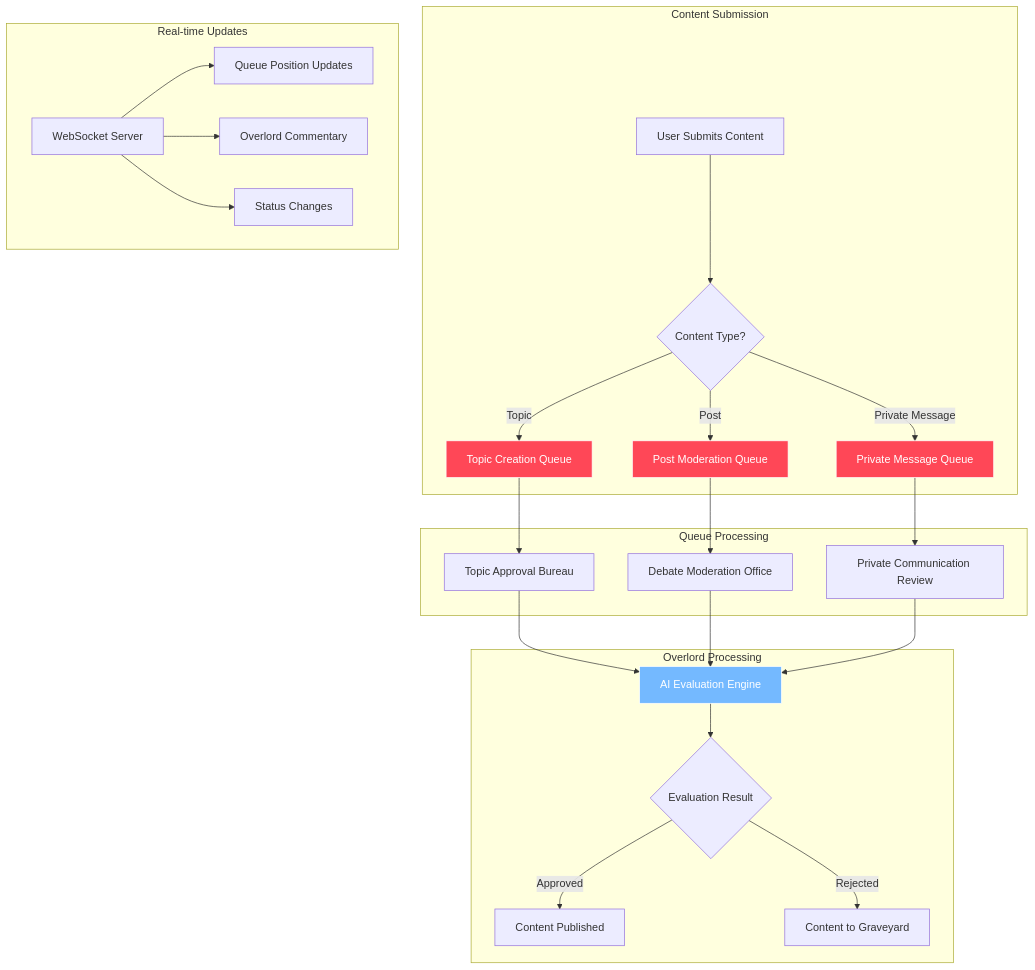
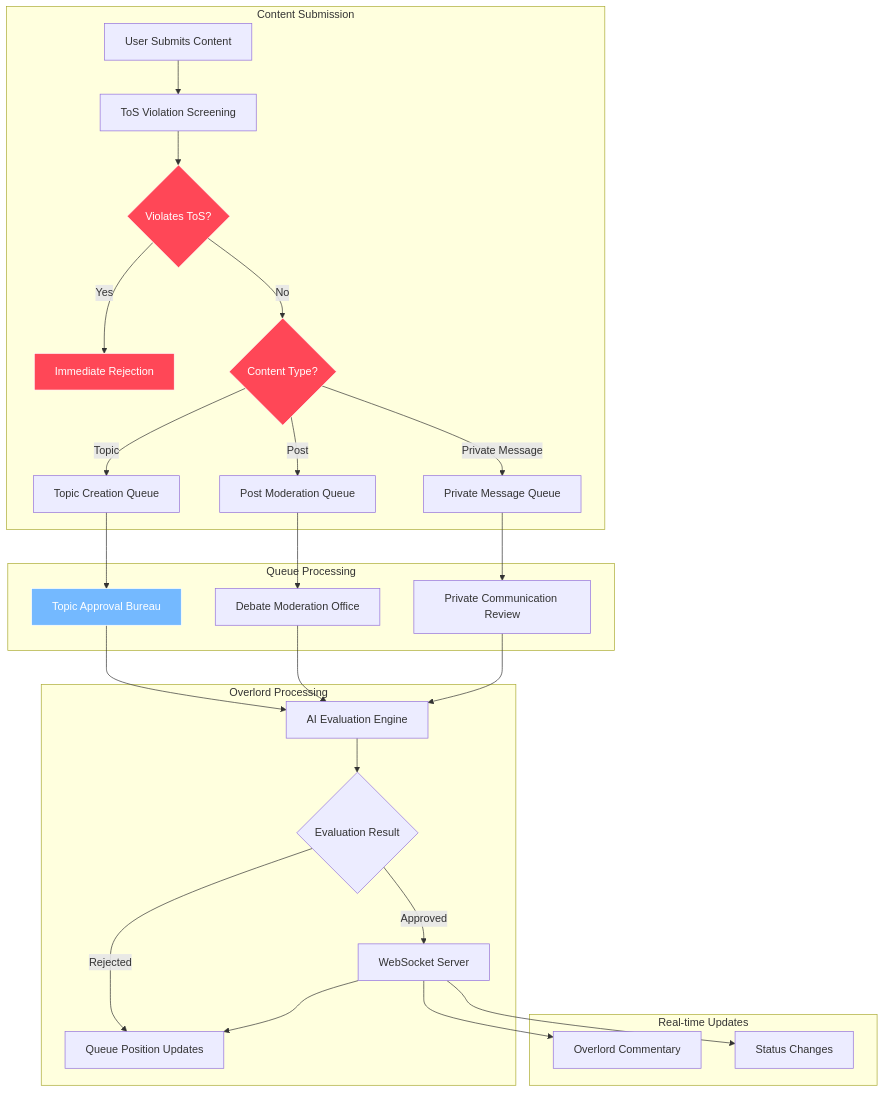
Before and after one commit to joshSzep/therobotoverlord-mono: the first of 2 diagrams in docs/business-requirements/16-queue-visualization.md, drawn with Mermaid. The commit also changed other lines of this file and 14 other files, not shown here.

````diff
--- a/docs/business-requirements/16-queue-visualization.md
+++ b/docs/business-requirements/16-queue-visualization.md
@@ -9,35 +9,38 @@
 ```mermaid
 graph TB
     subgraph "Content Submission"
-        A[User Submits Content] --> B{Content Type?}
-        B -->|Topic| C[Topic Creation Queue]
-        B -->|Post| D[Post Moderation Queue]
-        B -->|Private Message| E[Private Message Queue]
+        A[User Submits Content] --> B[ToS Violation Screening]
+        B --> C{Violates ToS?}
+        C -->|Yes| D[Immediate Rejection]
+        C -->|No| E{Content Type?}
+        E -->|Topic| F[Topic Creation Queue]
+        E -->|Post| G[Post Moderation Queue]
+        E -->|Private Message| H[Private Message Queue]
     end
     
     subgraph "Queue Processing"
-        C --> F[Topic Approval Bureau]
-        D --> G[Debate Moderation Office]
-        E --> H[Private Communication Review]
+        F --> I[Topic Approval Bureau]
+        G --> J[Debate Moderation Office]
+        H --> K[Private Communication Review]
     end
     
     subgraph "Overlord Processing"
-        F --> I[AI Evaluation Engine]
-        G --> I
-        H --> I
-        I --> J{Evaluation Result}
-        J -->|Approved| K[Content Published]
-        J -->|Rejected| L[Content to Graveyard]
+        I --> L[AI Evaluation Engine]
+        J --> L
+        K --> L
+        L --> M{Evaluation Result}
+        M -->|Approved| N[Content Published]
+        M -->|Rejected| O[Content to Graveyard]
     end
     
     subgraph "Real-time Updates"
         N[WebSocket Server] --> O[Queue Position Updates]
         N --> P[Overlord Commentary]
         N --> Q[Status Changes]
     end
     
     style C fill:#ff4757,stroke:#fff,color:#fff
     style D fill:#ff4757,stroke:#fff,color:#fff
     style E fill:#ff4757,stroke:#fff,color:#fff
     style I fill:#74b9ff,stroke:#fff,color:#fff
 ```
````
